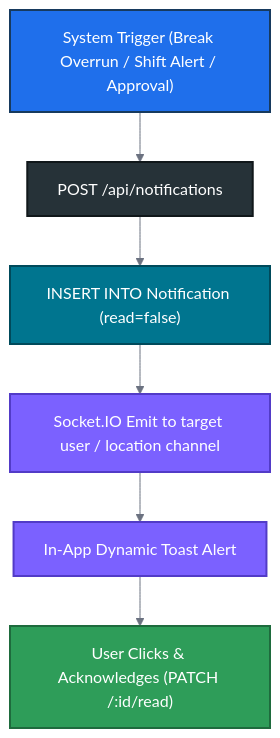
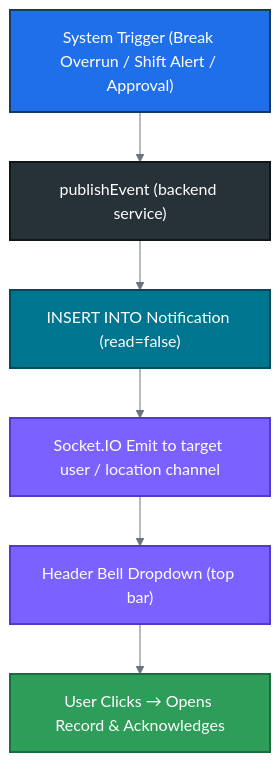
One commit to BSC-TEXTILES/BSC_Textiles_HRMS_Project changed diagram 20 of 21 in README.md. Above: the diagram before and after it, drawn with Mermaid. The commit also changed other lines of this file and 118 other files, not shown here.

Commit message:
feat: add boys and girls lunch timings to shift popover, standardize 12-hour time format, overhaul employee profile dossier, and cleanup system routes

````diff
--- a/README.md
+++ b/README.md
@@ -1156,15 +1105,15 @@
 ```mermaid
 %%{init: {'theme': 'base', 'themeVariables': { 'primaryColor': '#1F6FEB', 'primaryTextColor': '#FFFFFF', 'primaryBorderColor': '#173A5E', 'lineColor': '#6B7280' }}}%%
 flowchart TD
-    EVENT["System Trigger (Break Overrun / Shift Alert / Approval)"]:::cBlue --> CREATE_NOTIF["POST /api/notifications"]:::cDark
-    CREATE_NOTIF --> DB_NOTIF["INSERT INTO Notification (read=false)"]:::cDb
+    EVENT["System Trigger (Break Overrun / Shift Alert / Approval)"]:::cBlue --> PUBLISH["publishEvent (backend service)"]:::cDark
+    PUBLISH --> DB_NOTIF["INSERT INTO Notification (read=false)"]:::cDb
     DB_NOTIF --> WS_DISPATCH["Socket.IO Emit to target user / location channel"]:::cPurple
-    WS_DISPATCH --> TOAST["In-App Dynamic Toast Alert"]:::cPurple
-    TOAST --> MARK_READ["User Clicks & Acknowledges (PATCH /:id/read)"]:::cGreen
+    WS_DISPATCH --> BELL["Header Bell Dropdown (top bar)"]:::cPurple
+    BELL --> MARK_READ["User Clicks → Opens Record & Acknowledges"]:::cGreen
 
     classDef cBlue fill:#1F6FEB,stroke:#173A5E,stroke-width:2px,color:#FFFFFF;
     classDef cGreen fill:#2E9D59,stroke:#1E6B3D,stroke-width:2px,color:#FFFFFF;
     classDef cPurple fill:#7B61FF,stroke:#523BC7,stroke-width:2px,color:#FFFFFF;
     classDef cDark fill:#263238,stroke:#10171A,stroke-width:2px,color:#FFFFFF;
     classDef cDb fill:#00758F,stroke:#004A5B,stroke-width:2px,color:#FFFFFF;
 ```
````
